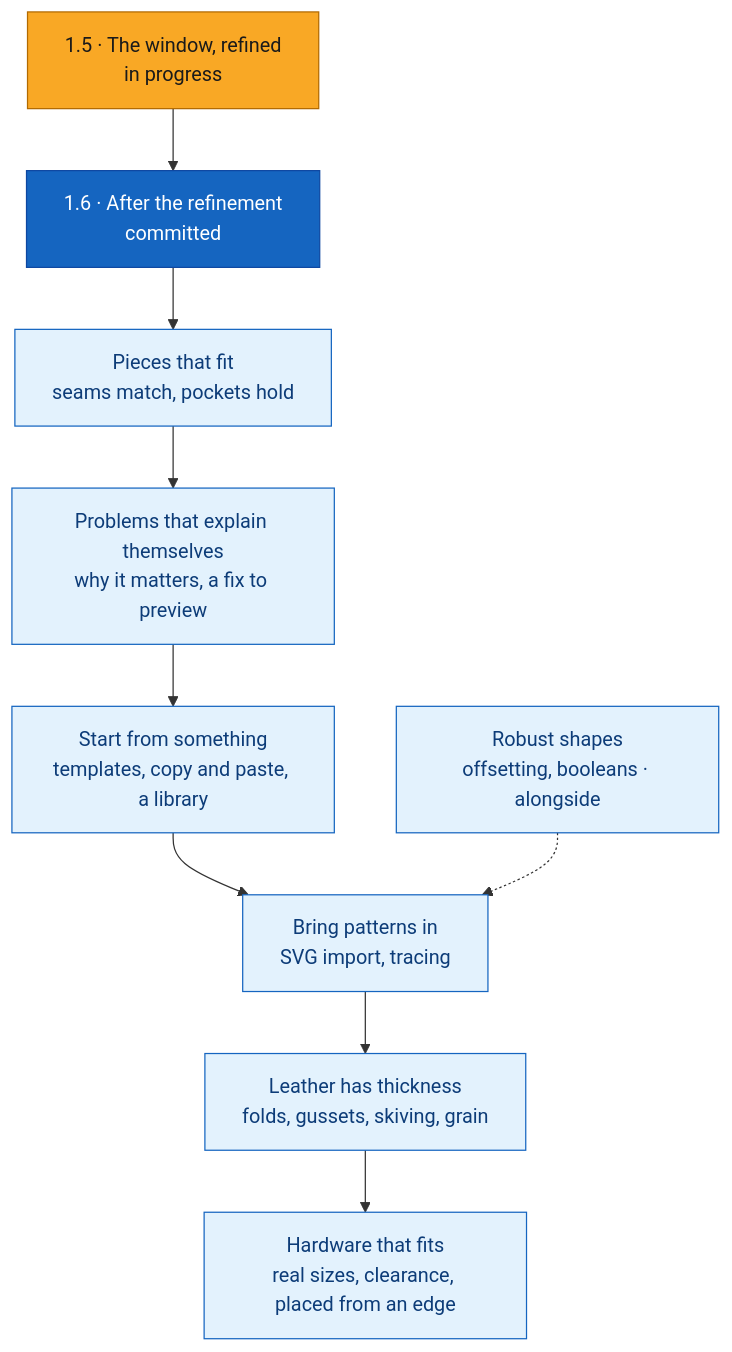
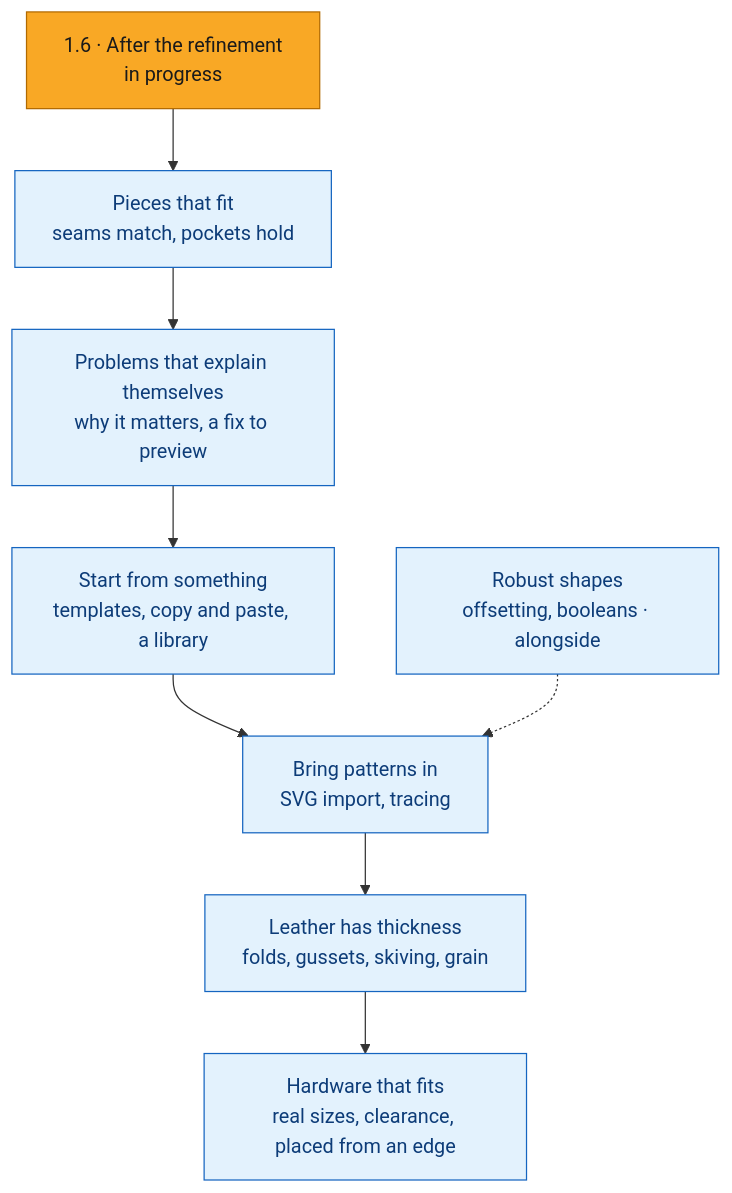
Before and after one commit to crnlsp/leathercad: the fourth of 6 diagrams in docs/product-roadmap.md, drawn with Mermaid. The commit also changed other lines of this file and 8 other files, not shown here.

First line of the commit message:
docs(roadmap): 1.5 goes to the record, 1.6 is next, and the merged slices' agents go

````diff
--- a/docs/product-roadmap.md
+++ b/docs/product-roadmap.md
@@ -135,17 +135,16 @@
 ```mermaid
 flowchart TB
-  r15["1.5 · The window, refined<br/>in progress"]:::progress
-  r16["1.6 · After the refinement<br/>committed"]:::committed
+  r16["1.6 · After the refinement<br/>in progress"]:::progress
   fit["Pieces that fit<br/>seams match, pockets hold"]:::candidate
   explain["Problems that explain themselves<br/>why it matters, a fix to preview"]:::candidate
   start["Start from something<br/>templates, copy and paste, a library"]:::candidate
   bring["Bring patterns in<br/>SVG import, tracing"]:::candidate
   thick["Leather has thickness<br/>folds, gussets, skiving, grain"]:::candidate
   hw["Hardware that fits<br/>real sizes, clearance, placed from an edge"]:::candidate
   geo["Robust shapes<br/>offsetting, booleans · alongside"]:::candidate
-  r15 --> r16 --> fit --> explain --> start --> bring --> thick --> hw
+  r16 --> fit --> explain --> start --> bring --> thick --> hw
   geo -.-> bring
   classDef progress fill:#f9a825,stroke:#b26a00,color:#1a1a1a
   classDef committed fill:#1565c0,stroke:#0d47a1,color:#ffffff
   classDef candidate fill:#e3f2fd,stroke:#1565c0,color:#0d3c78
 ```
````
